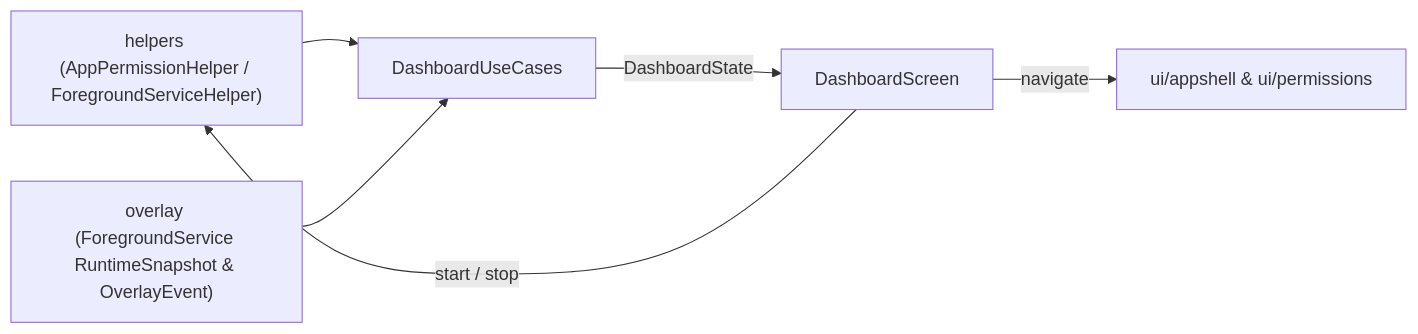
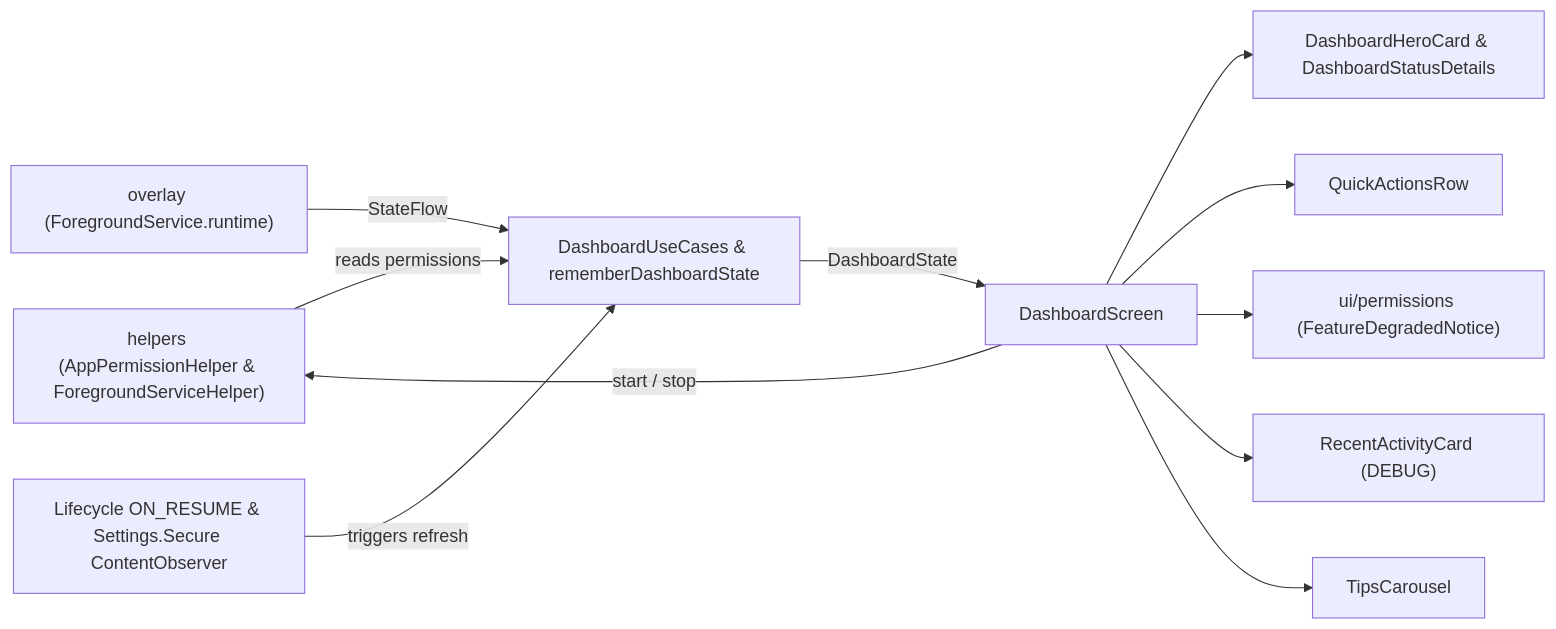
Before and after one commit to tyejaedon/Cover-Screen-OS: the diagram in app/src/main/java/com/tyejaedon/coverscreenos/ui/dashboard/README.md, drawn with Mermaid. The commit also changed other lines of this file and 157 other files, not shown here.

````diff
--- a/app/src/main/java/com/tyejaedon/coverscreenos/ui/dashboard/README.md
+++ b/app/src/main/java/com/tyejaedon/coverscreenos/ui/dashboard/README.md
@@ -18,8 +91,13 @@
 ```mermaid
 flowchart LR
-    Helpers["helpers (AppPermissionHelper / ForegroundServiceHelper)"] --> UseCases["DashboardUseCases"]
-    Overlay["overlay (ForegroundService RuntimeSnapshot & OverlayEvent)"] --> UseCases
+    Helpers["helpers (AppPermissionHelper & ForegroundServiceHelper)"] -->|"reads permissions"| UseCases["DashboardUseCases & rememberDashboardState"]
+    Overlay["overlay (ForegroundService.runtime)"] -->|"StateFlow"| UseCases
+    Lifecycle["Lifecycle ON_RESUME & Settings.Secure ContentObserver"] -->|"triggers refresh"| UseCases
     UseCases -->|"DashboardState"| Screen["DashboardScreen"]
+    Screen --> Hero["DashboardHeroCard & DashboardStatusDetails"]
+    Screen --> Quick["QuickActionsRow"]
+    Screen --> Notice["ui/permissions (FeatureDegradedNotice)"]
+    Screen --> Activity["RecentActivityCard (DEBUG)"]
+    Screen --> Tips["TipsCarousel"]
     Screen -->|"start / stop"| Helpers
-    Screen -->|"navigate"| Shell["ui/appshell & ui/permissions"]
 ```
````
